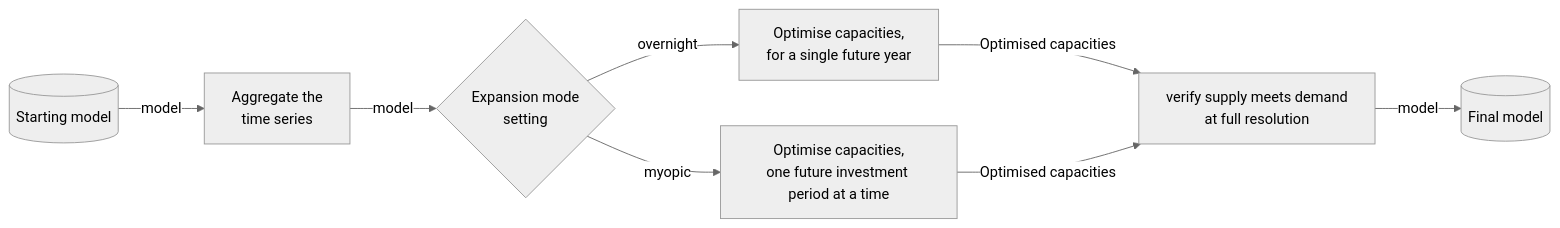
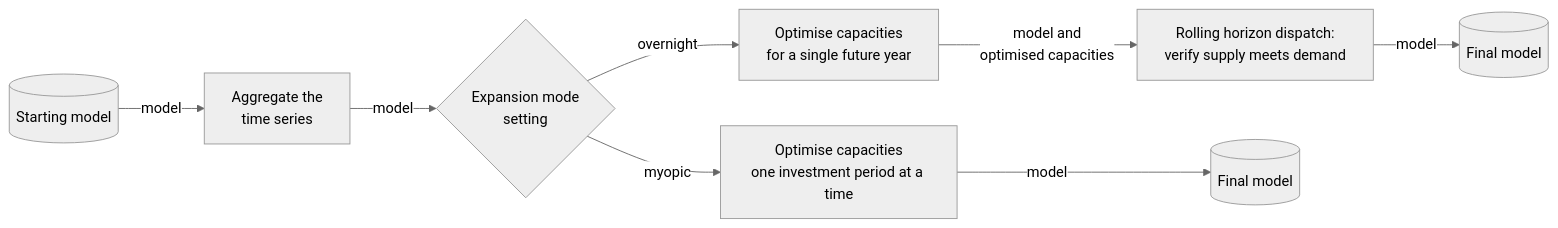
One commit to manta-plan/manta changed the first of 2 diagrams in docs/user-guide/playbooks.md. Above: the diagram before and after it, drawn with Mermaid (neutral theme). The commit also changed other lines of this file and 3 other files, not shown here.

````diff
--- a/docs/user-guide/playbooks.md
+++ b/docs/user-guide/playbooks.md
@@ -20,10 +22,10 @@
 ```mermaid
 flowchart LR
     start[("Starting model")] -- model --> cluster["Aggregate the<br/>time series"]
     cluster -- model --> mode{"Expansion mode<br/>setting"}
-    mode -- overnight --> overnight["Optimise capacities,<br/>for a single future year"]
-    mode -- myopic --> myopic["Optimise capacities,<br/>one future investment period at a time"]
-    overnight -- "Optimised capacities" --> dispatch["verify supply meets demand<br/>at full resolution"]
-    myopic -- "Optimised capacities" --> dispatch["verify supply meets demand<br/>at full resolution"]
-    dispatch -- model --> done[("Final model")]
+    mode -- overnight --> overnight["Optimise capacities<br/>for a single future year"]
+    mode -- myopic --> myopic["Optimise capacities<br/>one investment period at a time"]
+    overnight -- "model and<br/>optimised capacities" --> dispatch["Rolling horizon dispatch:<br/>verify supply meets demand"]
+    dispatch -- model --> done1[("Final model")]
+    myopic -- model --> done2[("Final model")]
 ```
````
